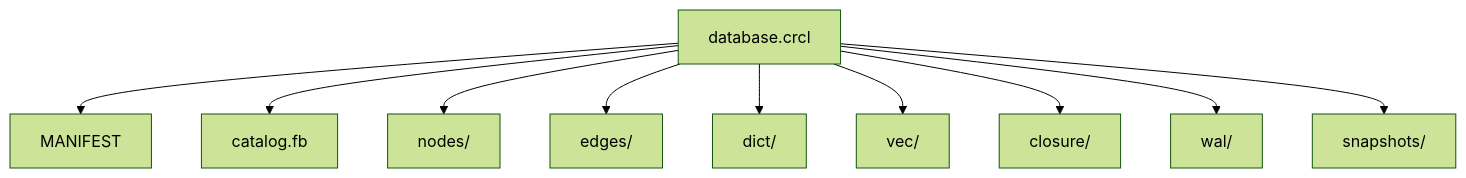
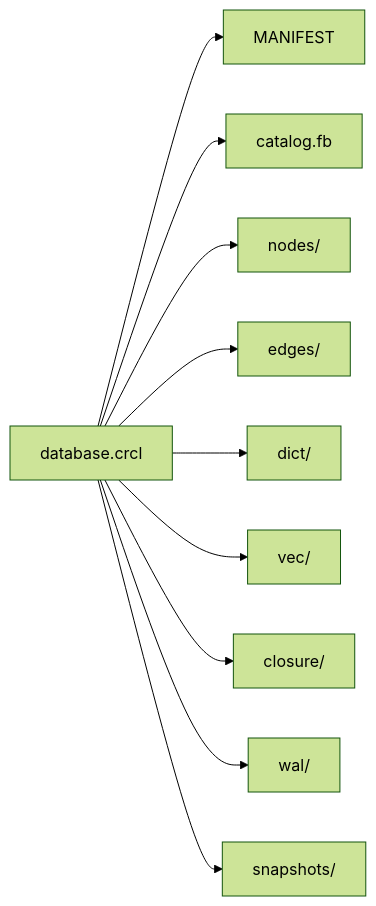
The diagram in docs/concepts/storage-layout.md (eastlighting1/CaracalDB), drawn with Mermaid (forest theme) before and after one commit.

Commit message:
fix: update mermaid diagram flow direction for clarity

````diff
--- a/docs/concepts/storage-layout.md
+++ b/docs/concepts/storage-layout.md
@@ -14,12 +14,12 @@
 ```mermaid
-flowchart TD
+flowchart LR
     A["database.crcl"] --> B["MANIFEST"]
     A --> C["catalog.fb"]
     A --> D["nodes/"]
     A --> E["edges/"]
     A --> F["dict/"]
     A --> G["vec/"]
     A --> H["closure/"]
     A --> I["wal/"]
     A --> J["snapshots/"]
 ```
````
